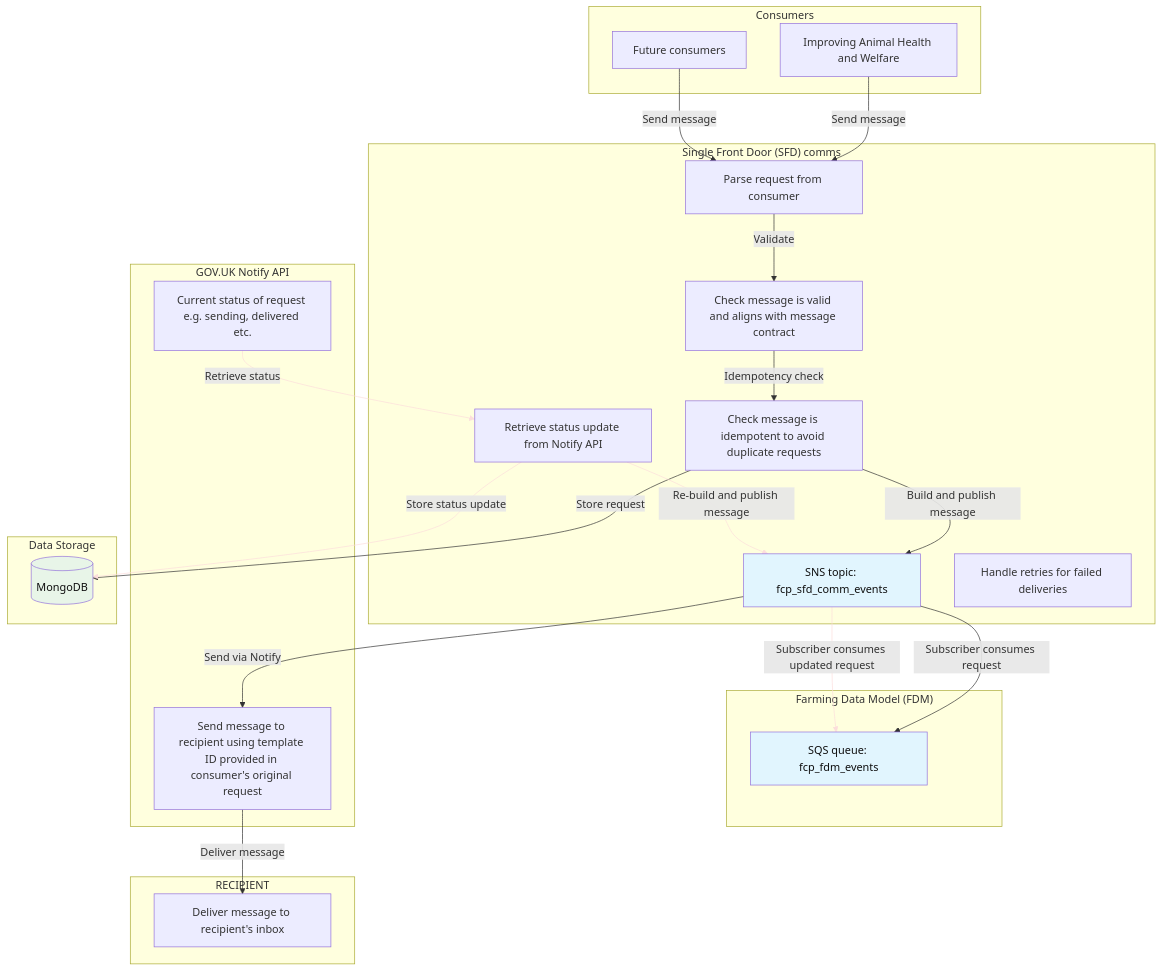
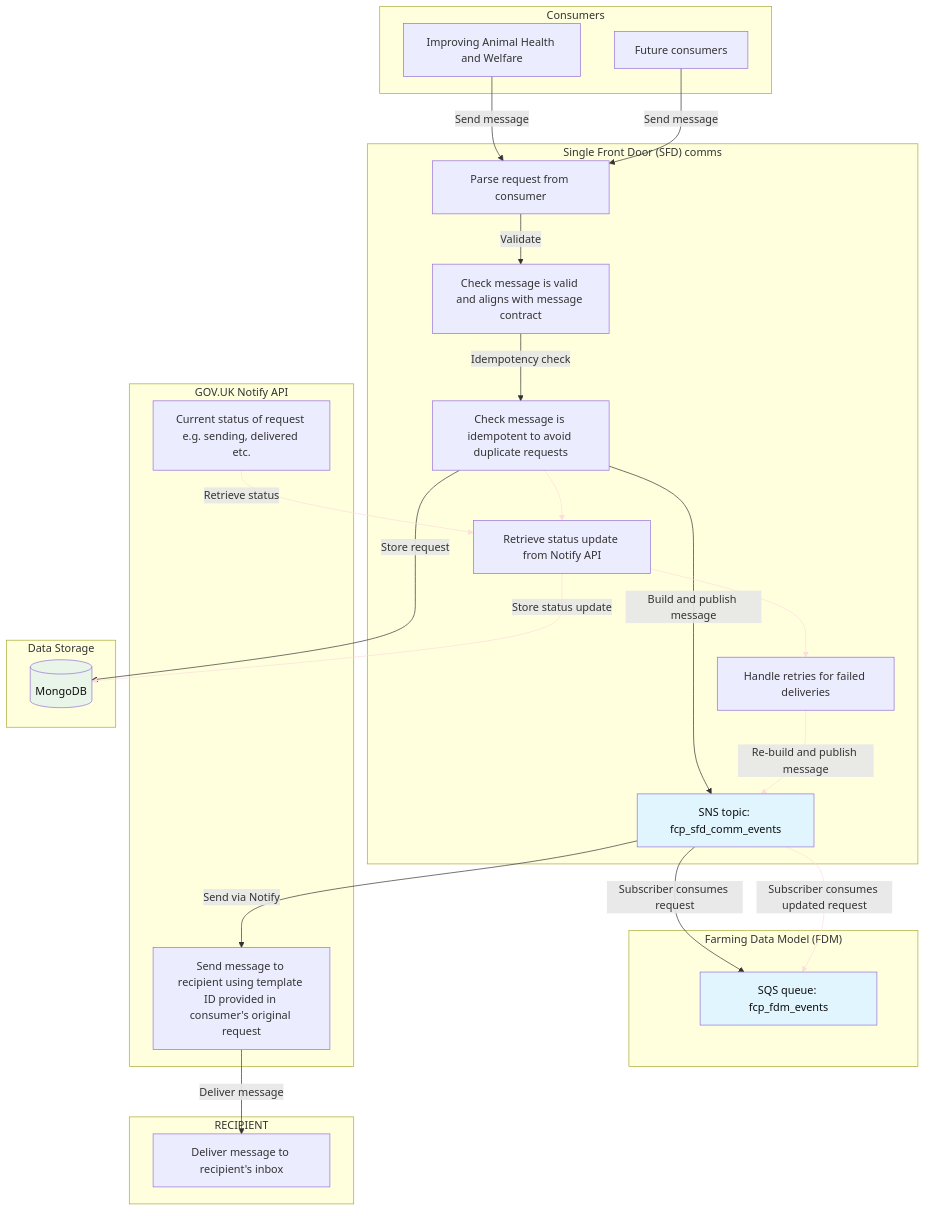
Before and after one commit to DEFRA/fcp-sfd-comms: the first of 2 diagrams in README.md, drawn with Mermaid.

Commit message:
finalise phase 1 diagram

````diff
--- a/README.md
+++ b/README.md
@@ -14,56 +14,60 @@
 ```mermaid
 graph TB
     subgraph "Consumers"
         IAHW[Improving Animal Health and Welfare]
         FUTURE[Future consumers]
     end
     
     subgraph "Single Front Door (SFD) comms"
         PARSE[Parse request from consumer]
         VALIDATION[Check message is valid and aligns with message contract]
         IDEMPOTENCY_CHECK[Check message is idempotent to avoid duplicate requests]
         SNS[SNS topic: fcp_sfd_comm_events]
         UPDATE[Retrieve status update from Notify API]
         RETRY[Handle retries for failed deliveries]
     end
 
     subgraph "Farming Data Model (FDM)"
         SQS[SQS queue: fcp_fdm_events]
     end
 
     subgraph "GOV.UK Notify API"
         NOTIFY[Send message to recipient using template ID provided in consumer's original request]
         STATUS[Current status of request e.g. sending, delivered etc.]
     end
 
     subgraph "Data Storage"
         MONGO[(MongoDB)]
     end
 
     subgraph "RECIPIENT"
         DELIVERY[Deliver message to recipient's inbox]
     end
     
     IAHW -->|Send message| PARSE
     FUTURE -->|Send message| PARSE
     PARSE -->|Validate| VALIDATION
     VALIDATION -->|Idempotency check| IDEMPOTENCY_CHECK
     IDEMPOTENCY_CHECK -->|Build and publish message| SNS
     IDEMPOTENCY_CHECK -->|Store request| MONGO
+    IDEMPOTENCY_CHECK --> UPDATE
     SNS -->|Subscriber consumes request| SQS
     SNS -->|Send via Notify| NOTIFY
     NOTIFY -->|Deliver message| DELIVERY
     STATUS -->|Retrieve status| UPDATE
-    UPDATE -->|Re-build and publish message| SNS
     UPDATE -->|Store status update| MONGO
+    UPDATE --> RETRY
+    RETRY -->|Re-build and publish message| SNS
     SNS -->|Subscriber consumes updated request| SQS
 
-    linkStyle 9 stroke:#fcdedc
+    linkStyle 6 stroke:#fcdedc
     linkStyle 10 stroke:#fcdedc
     linkStyle 11 stroke:#fcdedc
     linkStyle 12 stroke:#fcdedc
+    linkStyle 13 stroke:#fcdedc
+    linkStyle 14 stroke:#fcdedc
 
     style MONGO fill:#e8f5e8,color:#0E0E0E
     style SNS fill:#e1f5fe,color:#0E0E0E
     style SQS fill:#e1f5fe,color:#0E0E0E
 ```
````
